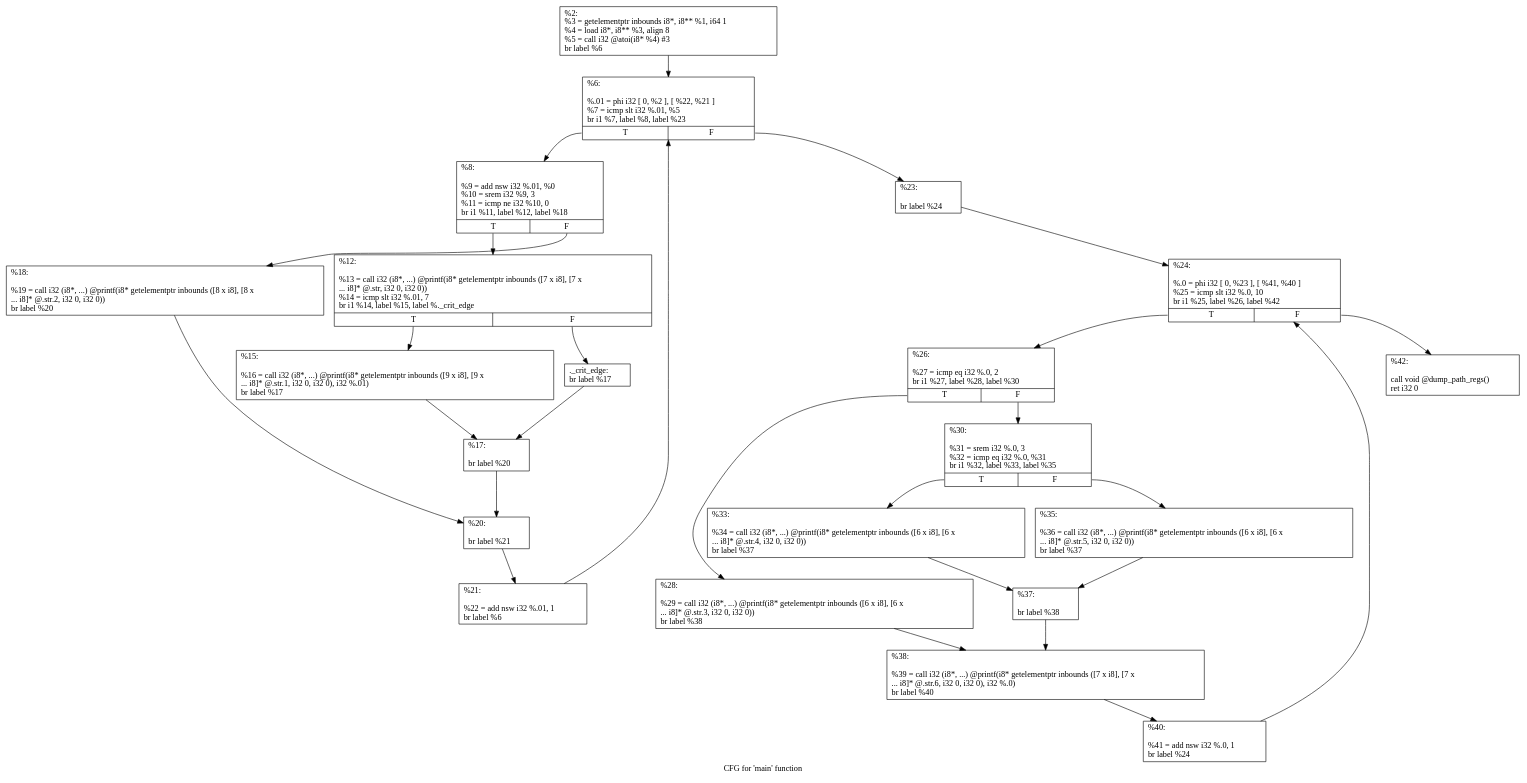
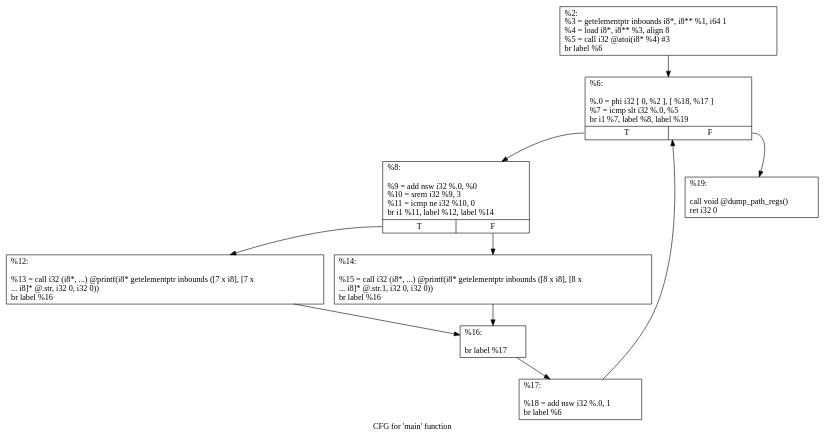
Before and after one commit to aytung94/EE382V_CGO: the diagram in programs/pa2/prog2/cfg.main.dot, drawn with Graphviz. The commit also changed 26 other files, not shown here.

```diff
--- a/programs/pa2/prog2/cfg.main.dot
+++ b/programs/pa2/prog2/cfg.main.dot
@@ -1,51 +1,21 @@
 digraph "CFG for 'main' function" {
 	label="CFG for 'main' function";
 
-	Node0x361c9d0 [shape=record,label="{%2:\l  %3 = getelementptr inbounds i8*, i8** %1, i64 1\l  %4 = load i8*, i8** %3, align 8\l  %5 = call i32 @atoi(i8* %4) #3\l  br label %6\l}"];
-	Node0x361c9d0 -> Node0x361ca20;
-	Node0x361ca20 [shape=record,label="{%6:\l\l  %.01 = phi i32 [ 0, %2 ], [ %22, %21 ]\l  %7 = icmp slt i32 %.01, %5\l  br i1 %7, label %8, label %23\l|{<s0>T|<s1>F}}"];
-	Node0x361ca20:s0 -> Node0x361ca70;
-	Node0x361ca20:s1 -> Node0x361e910;
-	Node0x361ca70 [shape=record,label="{%8:\l\l  %9 = add nsw i32 %.01, %0\l  %10 = srem i32 %9, 3\l  %11 = icmp ne i32 %10, 0\l  br i1 %11, label %12, label %18\l|{<s0>T|<s1>F}}"];
-	Node0x361ca70:s0 -> Node0x361cac0;
-	Node0x361ca70:s1 -> Node0x361e820;
-	Node0x361cac0 [shape=record,label="{%12:\l\l  %13 = call i32 (i8*, ...) @printf(i8* getelementptr inbounds ([7 x i8], [7 x\l... i8]* @.str, i32 0, i32 0))\l  %14 = icmp slt i32 %.01, 7\l  br i1 %14, label %15, label %._crit_edge\l|{<s0>T|<s1>F}}"];
-	Node0x361cac0:s0 -> Node0x361e780;
-	Node0x361cac0:s1 -> Node0x361e730;
-	Node0x361e730 [shape=record,label="{._crit_edge:                                      \l  br label %17\l}"];
-	Node0x361e730 -> Node0x361e7d0;
-	Node0x361e780 [shape=record,label="{%15:\l\l  %16 = call i32 (i8*, ...) @printf(i8* getelementptr inbounds ([9 x i8], [9 x\l... i8]* @.str.1, i32 0, i32 0), i32 %.01)\l  br label %17\l}"];
-	Node0x361e780 -> Node0x361e7d0;
-	Node0x361e7d0 [shape=record,label="{%17:\l\l  br label %20\l}"];
-	Node0x361e7d0 -> Node0x361e870;
-	Node0x361e820 [shape=record,label="{%18:\l\l  %19 = call i32 (i8*, ...) @printf(i8* getelementptr inbounds ([8 x i8], [8 x\l... i8]* @.str.2, i32 0, i32 0))\l  br label %20\l}"];
-	Node0x361e820 -> Node0x361e870;
-	Node0x361e870 [shape=record,label="{%20:\l\l  br label %21\l}"];
-	Node0x361e870 -> Node0x361e8c0;
-	Node0x361e8c0 [shape=record,label="{%21:\l\l  %22 = add nsw i32 %.01, 1\l  br label %6\l}"];
-	Node0x361e8c0 -> Node0x361ca20;
-	Node0x361e910 [shape=record,label="{%23:\l\l  br label %24\l}"];
-	Node0x361e910 -> Node0x361e960;
-	Node0x361e960 [shape=record,label="{%24:\l\l  %.0 = phi i32 [ 0, %23 ], [ %41, %40 ]\l  %25 = icmp slt i32 %.0, 10\l  br i1 %25, label %26, label %42\l|{<s0>T|<s1>F}}"];
-	Node0x361e960:s0 -> Node0x361e9b0;
-	Node0x361e960:s1 -> Node0x361ec30;
-	Node0x361e9b0 [shape=record,label="{%26:\l\l  %27 = icmp eq i32 %.0, 2\l  br i1 %27, label %28, label %30\l|{<s0>T|<s1>F}}"];
-	Node0x361e9b0:s0 -> Node0x361ea00;
-	Node0x361e9b0:s1 -> Node0x361ea50;
-	Node0x361ea00 [shape=record,label="{%28:\l\l  %29 = call i32 (i8*, ...) @printf(i8* getelementptr inbounds ([6 x i8], [6 x\l... i8]* @.str.3, i32 0, i32 0))\l  br label %38\l}"];
-	Node0x361ea00 -> Node0x361eb90;
-	Node0x361ea50 [shape=record,label="{%30:\l\l  %31 = srem i32 %.0, 3\l  %32 = icmp eq i32 %.0, %31\l  br i1 %32, label %33, label %35\l|{<s0>T|<s1>F}}"];
-	Node0x361ea50:s0 -> Node0x361eaa0;
-	Node0x361ea50:s1 -> Node0x361eaf0;
-	Node0x361eaa0 [shape=record,label="{%33:\l\l  %34 = call i32 (i8*, ...) @printf(i8* getelementptr inbounds ([6 x i8], [6 x\l... i8]* @.str.4, i32 0, i32 0))\l  br label %37\l}"];
-	Node0x361eaa0 -> Node0x361eb40;
-	Node0x361eaf0 [shape=record,label="{%35:\l\l  %36 = call i32 (i8*, ...) @printf(i8* getelementptr inbounds ([6 x i8], [6 x\l... i8]* @.str.5, i32 0, i32 0))\l  br label %37\l}"];
-	Node0x361eaf0 -> Node0x361eb40;
-	Node0x361eb40 [shape=record,label="{%37:\l\l  br label %38\l}"];
-	Node0x361eb40 -> Node0x361eb90;
-	Node0x361eb90 [shape=record,label="{%38:\l\l  %39 = call i32 (i8*, ...) @printf(i8* getelementptr inbounds ([7 x i8], [7 x\l... i8]* @.str.6, i32 0, i32 0), i32 %.0)\l  br label %40\l}"];
-	Node0x361eb90 -> Node0x361ebe0;
-	Node0x361ebe0 [shape=record,label="{%40:\l\l  %41 = add nsw i32 %.0, 1\l  br label %24\l}"];
-	Node0x361ebe0 -> Node0x361e960;
-	Node0x361ec30 [shape=record,label="{%42:\l\l  call void @dump_path_regs()\l  ret i32 0\l}"];
+	Node0x2f42c10 [shape=record,label="{%2:\l  %3 = getelementptr inbounds i8*, i8** %1, i64 1\l  %4 = load i8*, i8** %3, align 8\l  %5 = call i32 @atoi(i8* %4) #3\l  br label %6\l}"];
+	Node0x2f42c10 -> Node0x2f42c60;
+	Node0x2f42c60 [shape=record,label="{%6:\l\l  %.0 = phi i32 [ 0, %2 ], [ %18, %17 ]\l  %7 = icmp slt i32 %.0, %5\l  br i1 %7, label %8, label %19\l|{<s0>T|<s1>F}}"];
+	Node0x2f42c60:s0 -> Node0x2f44e30;
+	Node0x2f42c60:s1 -> Node0x2f44fc0;
+	Node0x2f44e30 [shape=record,label="{%8:\l\l  %9 = add nsw i32 %.0, %0\l  %10 = srem i32 %9, 3\l  %11 = icmp ne i32 %10, 0\l  br i1 %11, label %12, label %14\l|{<s0>T|<s1>F}}"];
+	Node0x2f44e30:s0 -> Node0x2f44e80;
+	Node0x2f44e30:s1 -> Node0x2f44ed0;
+	Node0x2f44e80 [shape=record,label="{%12:\l\l  %13 = call i32 (i8*, ...) @printf(i8* getelementptr inbounds ([7 x i8], [7 x\l... i8]* @.str, i32 0, i32 0))\l  br label %16\l}"];
+	Node0x2f44e80 -> Node0x2f44f20;
+	Node0x2f44ed0 [shape=record,label="{%14:\l\l  %15 = call i32 (i8*, ...) @printf(i8* getelementptr inbounds ([8 x i8], [8 x\l... i8]* @.str.1, i32 0, i32 0))\l  br label %16\l}"];
+	Node0x2f44ed0 -> Node0x2f44f20;
+	Node0x2f44f20 [shape=record,label="{%16:\l\l  br label %17\l}"];
+	Node0x2f44f20 -> Node0x2f44f70;
+	Node0x2f44f70 [shape=record,label="{%17:\l\l  %18 = add nsw i32 %.0, 1\l  br label %6\l}"];
+	Node0x2f44f70 -> Node0x2f42c60;
+	Node0x2f44fc0 [shape=record,label="{%19:\l\l  call void @dump_path_regs()\l  ret i32 0\l}"];
 }
```
